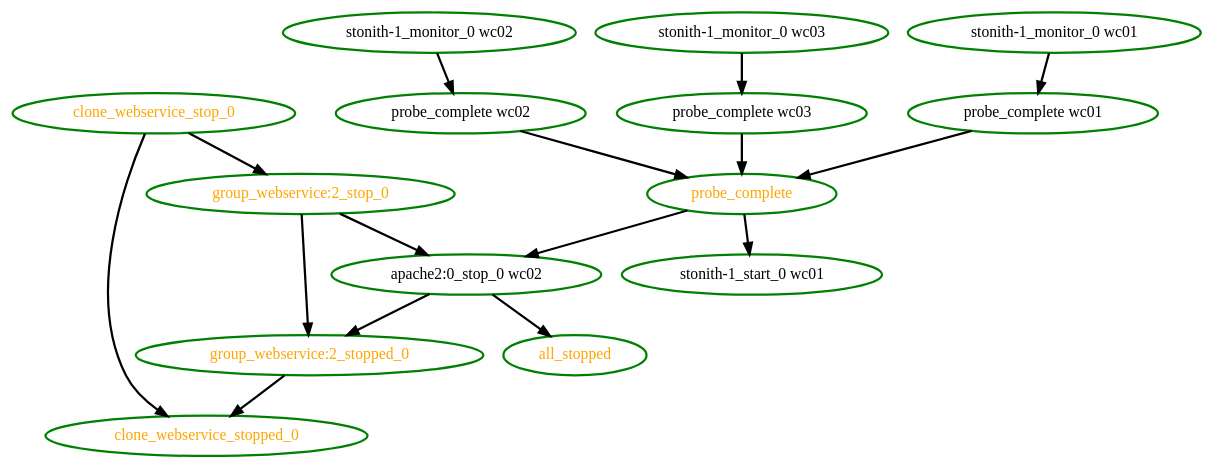
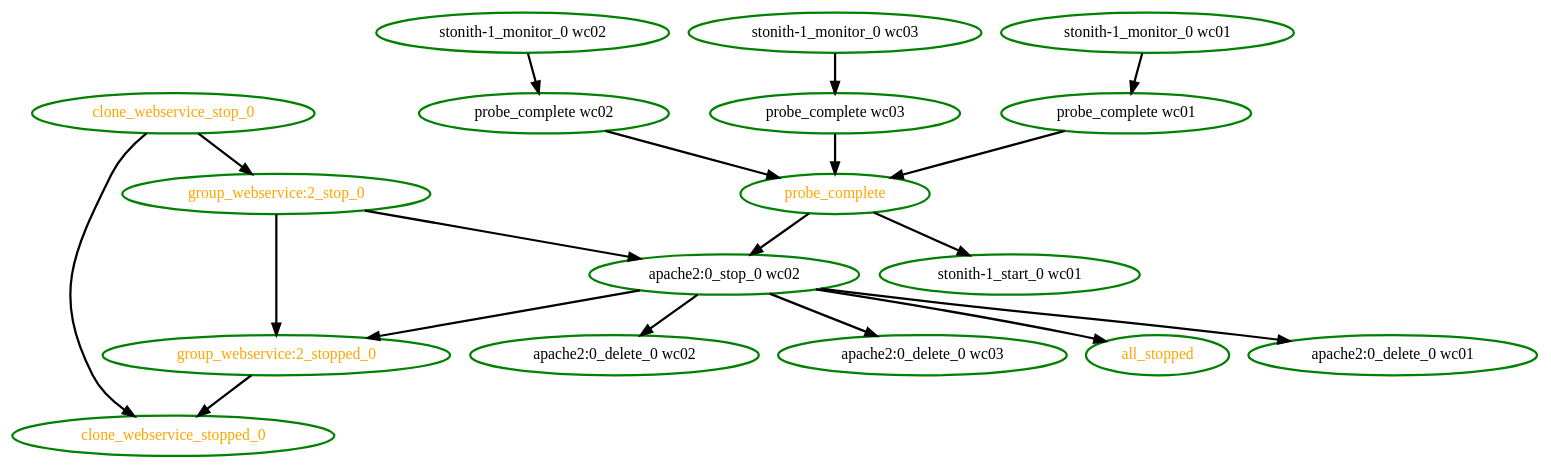
Before and after one commit to ClusterLabs/pacemaker: the diagram in pengine/test10/clone-anon-dup.dot, drawn with Graphviz. The commit also changed 40 other files, not shown here.

```diff
--- a/pengine/test10/clone-anon-dup.dot
+++ b/pengine/test10/clone-anon-dup.dot
@@ -1,31 +1,37 @@
 digraph "g" {
 "all_stopped" [ style=bold color="green" fontcolor="orange" ]
+"apache2:0_delete_0 wc01" [ style=bold color="green" fontcolor="black"]
+"apache2:0_delete_0 wc02" [ style=bold color="green" fontcolor="black"]
+"apache2:0_delete_0 wc03" [ style=bold color="green" fontcolor="black"]
 "apache2:0_stop_0 wc02" -> "all_stopped" [ style = bold]
+"apache2:0_stop_0 wc02" -> "apache2:0_delete_0 wc01" [ style = bold]
+"apache2:0_stop_0 wc02" -> "apache2:0_delete_0 wc02" [ style = bold]
+"apache2:0_stop_0 wc02" -> "apache2:0_delete_0 wc03" [ style = bold]
 "apache2:0_stop_0 wc02" -> "group_webservice:2_stopped_0" [ style = bold]
 "apache2:0_stop_0 wc02" [ style=bold color="green" fontcolor="black"]
 "clone_webservice_stop_0" -> "clone_webservice_stopped_0" [ style = bold]
 "clone_webservice_stop_0" -> "group_webservice:2_stop_0" [ style = bold]
 "clone_webservice_stop_0" [ style=bold color="green" fontcolor="orange" ]
 "clone_webservice_stopped_0" [ style=bold color="green" fontcolor="orange" ]
 "group_webservice:2_stop_0" -> "apache2:0_stop_0 wc02" [ style = bold]
 "group_webservice:2_stop_0" -> "group_webservice:2_stopped_0" [ style = bold]
 "group_webservice:2_stop_0" [ style=bold color="green" fontcolor="orange" ]
 "group_webservice:2_stopped_0" -> "clone_webservice_stopped_0" [ style = bold]
 "group_webservice:2_stopped_0" [ style=bold color="green" fontcolor="orange" ]
 "probe_complete wc01" -> "probe_complete" [ style = bold]
 "probe_complete wc01" [ style=bold color="green" fontcolor="black" ]
 "probe_complete wc02" -> "probe_complete" [ style = bold]
 "probe_complete wc02" [ style=bold color="green" fontcolor="black" ]
 "probe_complete wc03" -> "probe_complete" [ style = bold]
 "probe_complete wc03" [ style=bold color="green" fontcolor="black" ]
 "probe_complete" -> "apache2:0_stop_0 wc02" [ style = bold]
 "probe_complete" -> "stonith-1_start_0 wc01" [ style = bold]
 "probe_complete" [ style=bold color="green" fontcolor="orange" ]
 "stonith-1_monitor_0 wc01" -> "probe_complete wc01" [ style = bold]
 "stonith-1_monitor_0 wc01" [ style=bold color="green" fontcolor="black" ]
 "stonith-1_monitor_0 wc02" -> "probe_complete wc02" [ style = bold]
 "stonith-1_monitor_0 wc02" [ style=bold color="green" fontcolor="black" ]
 "stonith-1_monitor_0 wc03" -> "probe_complete wc03" [ style = bold]
 "stonith-1_monitor_0 wc03" [ style=bold color="green" fontcolor="black" ]
 "stonith-1_start_0 wc01" [ style=bold color="green" fontcolor="black" ]
 }
```
